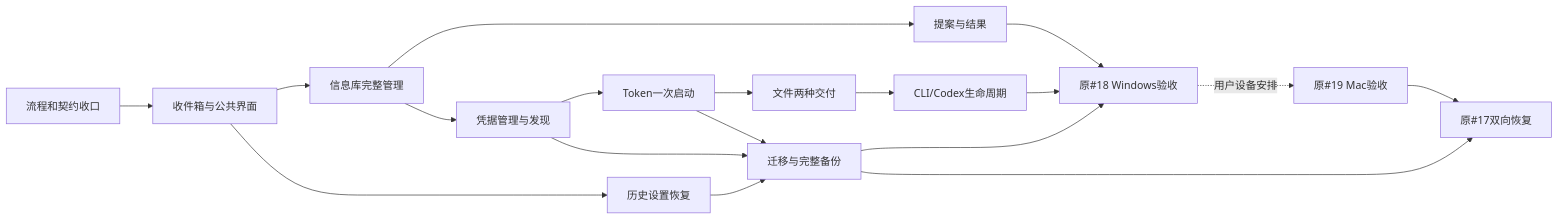
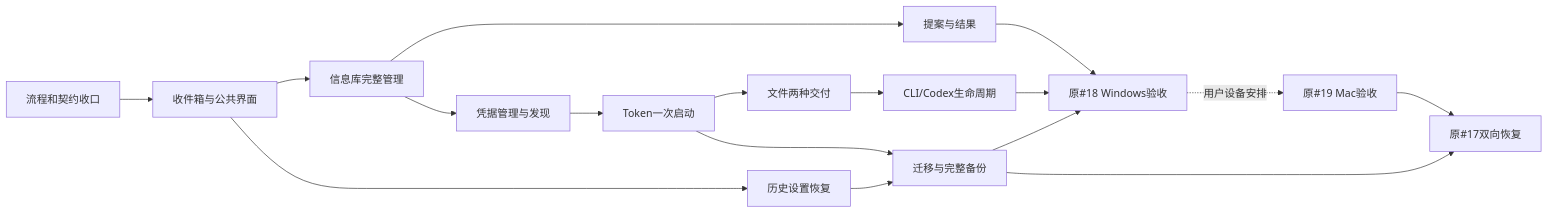
Before and after one commit to ShiJiJS/chiyo: the diagram in docs/planning/design-audit-2026-10-16/development-plan.md, drawn with Mermaid. The commit also changed other lines of this file and 1 other file, not shown here.

````diff
--- a/docs/planning/design-audit-2026-10-16/development-plan.md
+++ b/docs/planning/design-audit-2026-10-16/development-plan.md
@@ -187,20 +194,19 @@
 ```mermaid
 flowchart LR
   D0[流程和契约收口] --> D1[收件箱与公共界面]
   D1 --> D2[信息库完整管理]
   D2 --> D3[提案与结果]
   D1 --> D4[历史设置恢复]
   D2 --> D5[凭据管理与发现]
   D5 --> D6[Token一次启动]
   D6 --> D7[文件两种交付]
   D7 --> D8[CLI/Codex生命周期]
   D4 --> D9[迁移与完整备份]
-  D5 --> D9
   D6 --> D9
   D8 --> WIN[原#18 Windows验收]
   D9 --> WIN
   D3 --> WIN
   WIN -.用户设备安排.-> MAC[原#19 Mac验收]
   D9 --> CROSS[原#17双向恢复]
   MAC --> CROSS
 ```
````
